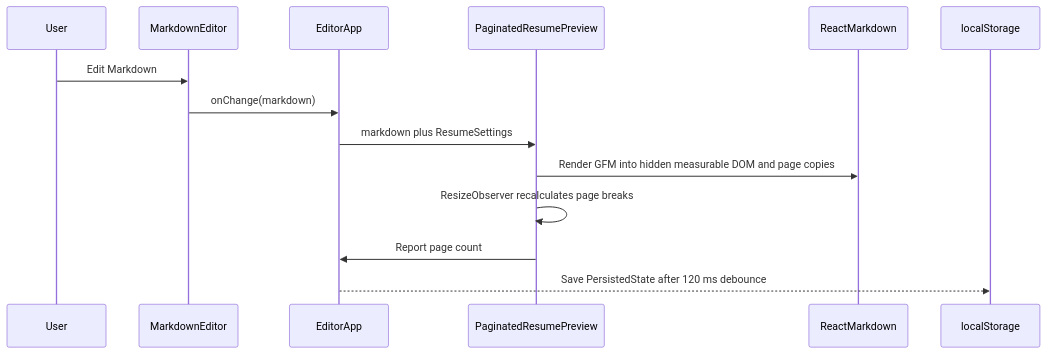
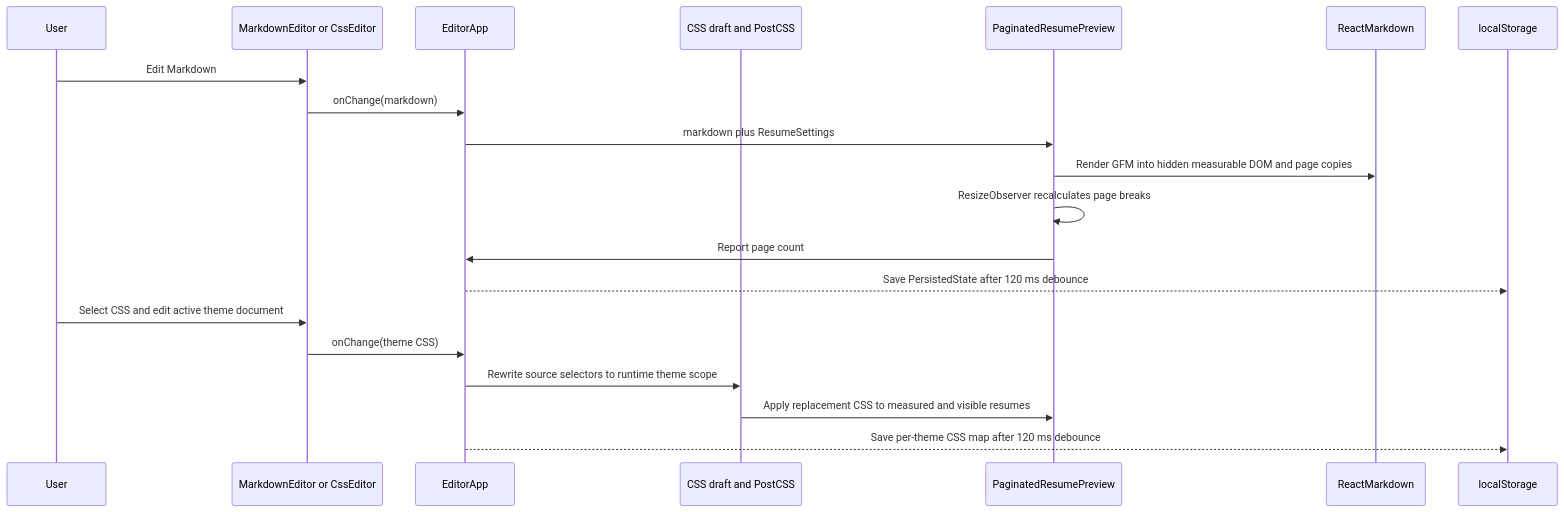
The fourth of 7 diagrams in docs/knowledge-graph.md (jarvanstack/markdown-to-resume), drawn with Mermaid before and after one commit. The commit also changed other lines of this file and 14 other files, not shown here.

Commit message:
Add live CSS editor tab and theme draft persistence

````diff
--- a/docs/knowledge-graph.md
+++ b/docs/knowledge-graph.md
@@ -122,17 +133,23 @@
 ```mermaid
 sequenceDiagram
     participant U as User
-    participant E as MarkdownEditor
+    participant E as MarkdownEditor or CssEditor
     participant A as EditorApp
+    participant C as CSS draft and PostCSS
     participant P as PaginatedResumePreview
     participant R as ReactMarkdown
     participant S as localStorage
 
     U->>E: Edit Markdown
     E->>A: onChange(markdown)
     A->>P: markdown plus ResumeSettings
     P->>R: Render GFM into hidden measurable DOM and page copies
     P->>P: ResizeObserver recalculates page breaks
     P->>A: Report page count
     A-->>S: Save PersistedState after 120 ms debounce
+    U->>E: Select CSS and edit active theme document
+    E->>A: onChange(theme CSS)
+    A->>C: Rewrite source selectors to runtime theme scope
+    C->>P: Apply replacement CSS to measured and visible resumes
+    A-->>S: Save per-theme CSS map after 120 ms debounce
 ```
````
